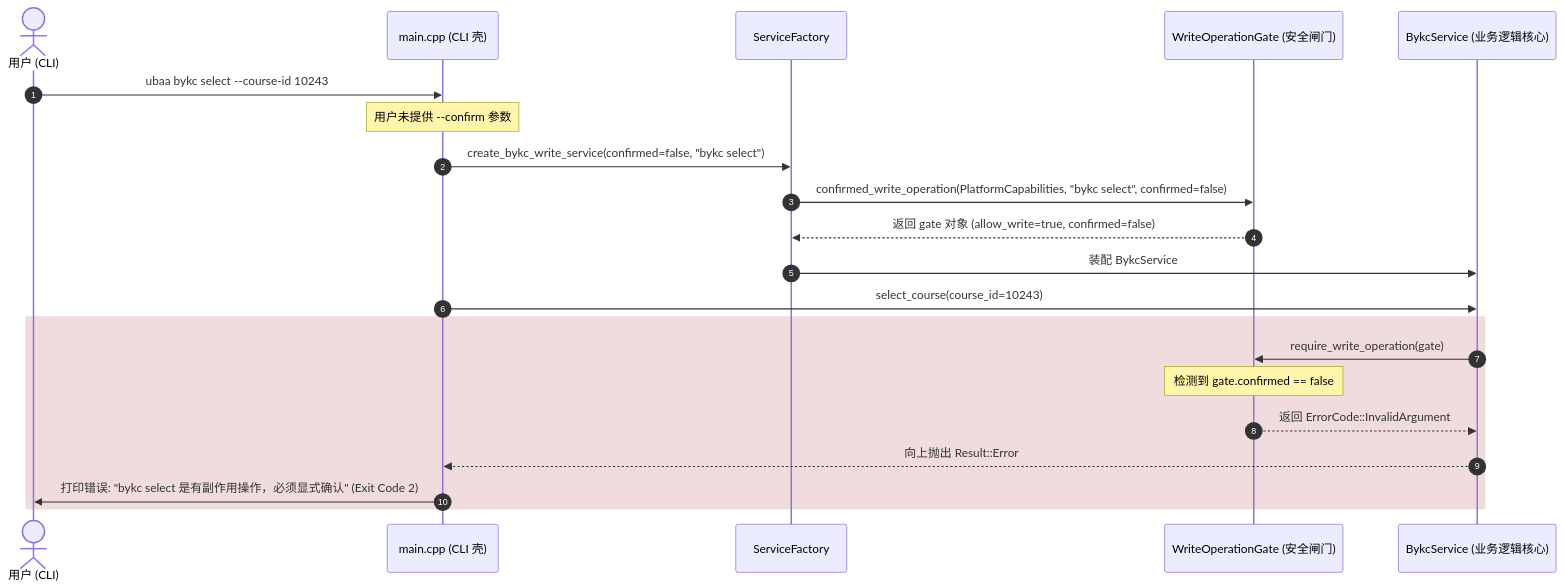
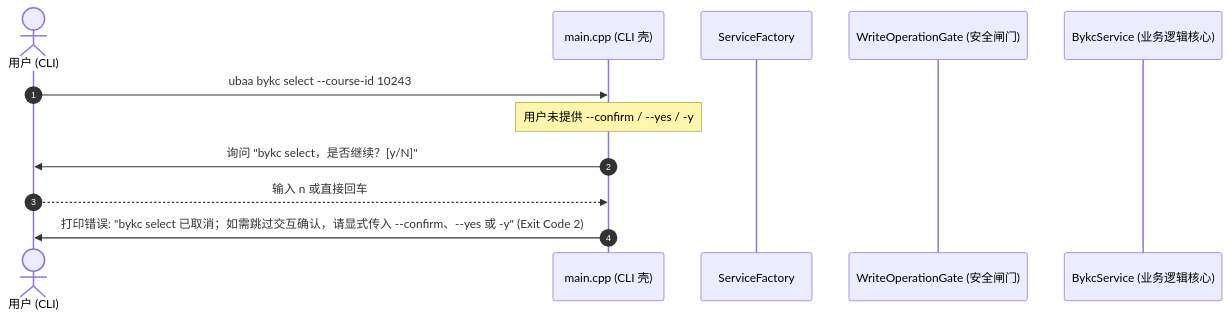
The first of 3 diagrams in docs/apps/windows-cli.md (Dominic485649/UBAANext), drawn with Mermaid before and after one commit. The commit also changed other lines of this file and 18 other files, not shown here.

````diff
--- a/docs/apps/windows-cli.md
+++ b/docs/apps/windows-cli.md
@@ -206,25 +243,15 @@
 ```mermaid
 sequenceDiagram
     autonumber
     actor User as 用户 (CLI)
     participant CLI as main.cpp (CLI 壳)
     participant SF as ServiceFactory
     participant Gate as WriteOperationGate (安全闸门)
     participant BS as BykcService (业务逻辑核心)
     
     User->>CLI: ubaa bykc select --course-id 10243
-    Note over CLI: 用户未提供 --confirm 参数
-    CLI->>SF: create_bykc_write_service(confirmed=false, "bykc select")
-    SF->>Gate: confirmed_write_operation(PlatformCapabilities, "bykc select", confirmed=false)
-    Gate-->>SF: 返回 gate 对象 (allow_write=true, confirmed=false)
-    SF->>BS: 装配 BykcService
-    CLI->>BS: select_course(course_id=10243)
-    
-    rect rgb(240, 220, 220)
-        BS->>Gate: require_write_operation(gate)
-        Note over Gate: 检测到 gate.confirmed == false
-        Gate-->>BS: 返回 ErrorCode::InvalidArgument
-        BS-->>CLI: 向上抛出 Result::Error
-        CLI->>User: 打印错误: "bykc select 是有副作用操作，必须显式确认" (Exit Code 2)
-    end
+    Note over CLI: 用户未提供 --confirm / --yes / -y
+    CLI->>User: 询问 "bykc select，是否继续？[y/N]"
+    User-->>CLI: 输入 n 或直接回车
+    CLI->>User: 打印错误: "bykc select 已取消；如需跳过交互确认，请显式传入 --confirm、--yes 或 -y" (Exit Code 2)
 ```
````
